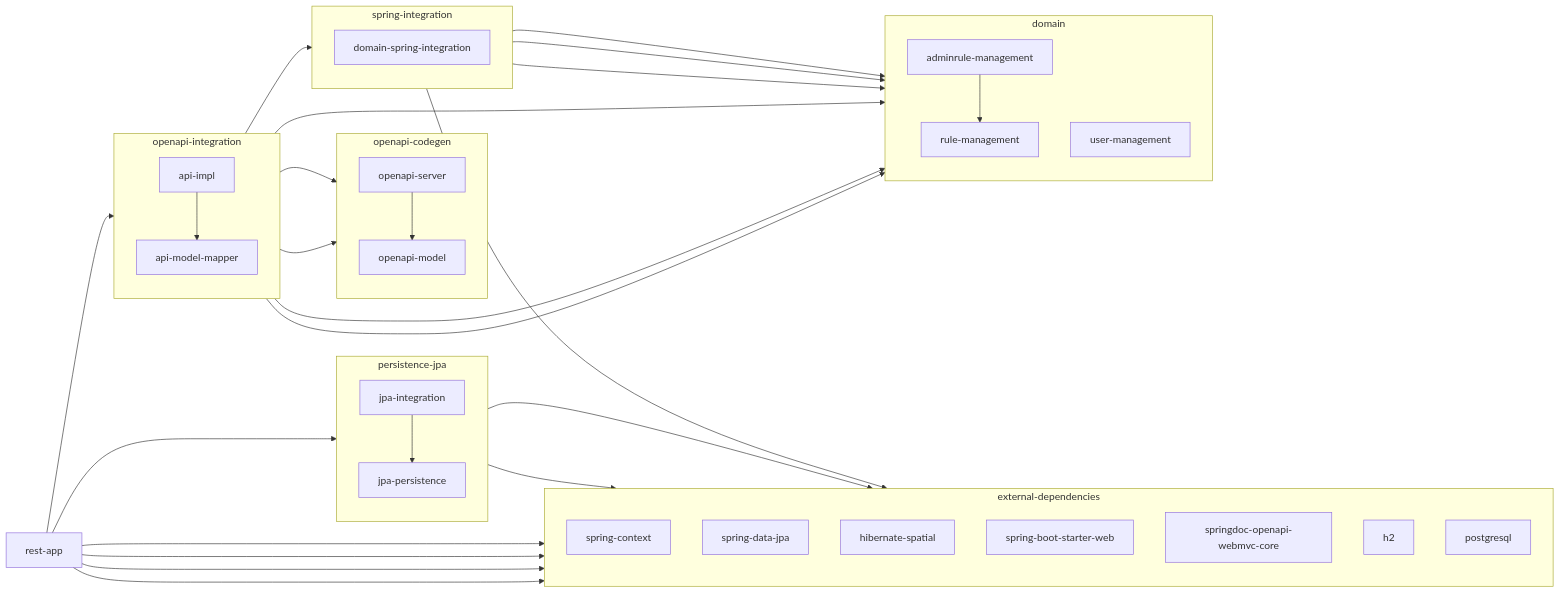
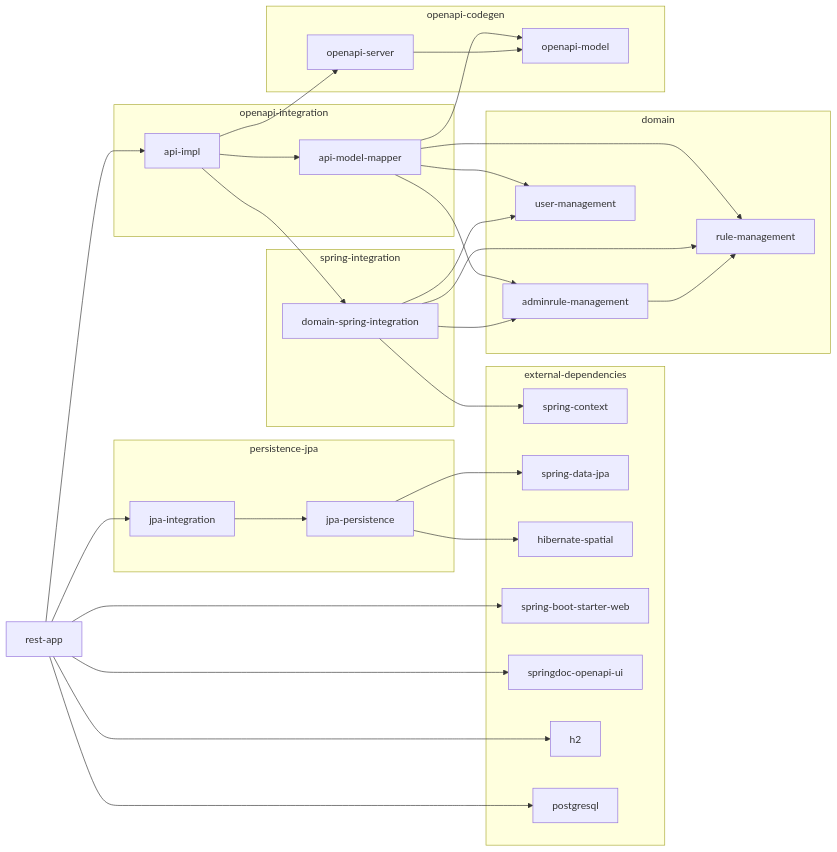
One commit to groldan/geofence changed the diagram in src/app/rest/README.md. Above: the diagram before and after it, drawn with Mermaid. The commit also changed 71 other files, not shown here.

````diff
--- a/src/app/rest/README.md
+++ b/src/app/rest/README.md
@@ -36,41 +36,33 @@
 ```mermaid
 flowchart LR
 	subgraph external-dependencies
-		direction TB
 		spring-context
 		spring-data-jpa
 		hibernate-spatial
 		spring-boot-starter-web
-		springdoc-openapi-webmvc-core
+		springdoc-openapi-ui
 		h2
 		postgresql
 	end
-	direction TB
 	subgraph domain
-		direction TB
 		rule-management
 		adminrule-management --> rule-management
 		user-management
 	end
 	subgraph openapi-codegen
-		direction TB
-		openapi-model
 		openapi-server --> openapi-model
 	end
 	direction TB
 	subgraph spring-integration
-		direction TB
 		domain-spring-integration --> rule-management & adminrule-management & user-management & spring-context
 	end
 	subgraph openapi-integration
-		direction TB
 		api-model-mapper --> openapi-model & rule-management & adminrule-management & user-management
 		api-impl --> api-model-mapper & openapi-server & domain-spring-integration
 	end
 	subgraph persistence-jpa
-		direction TB
 		jpa-persistence --> spring-data-jpa & hibernate-spatial
 		jpa-integration --> jpa-persistence
 	end
-	rest-app --> api-impl & jpa-integration & spring-boot-starter-web & springdoc-openapi-webmvc-core & h2 & postgresql
+	rest-app --> api-impl & jpa-integration & spring-boot-starter-web & springdoc-openapi-ui & h2 & postgresql
 ```
````
